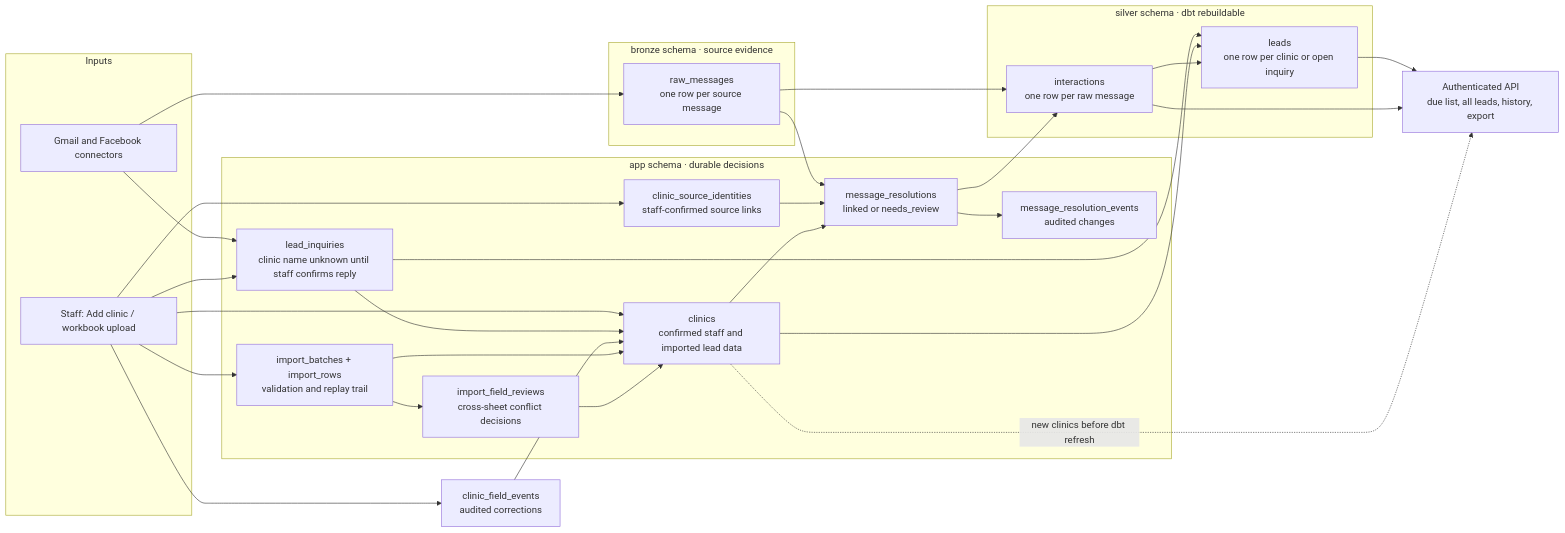
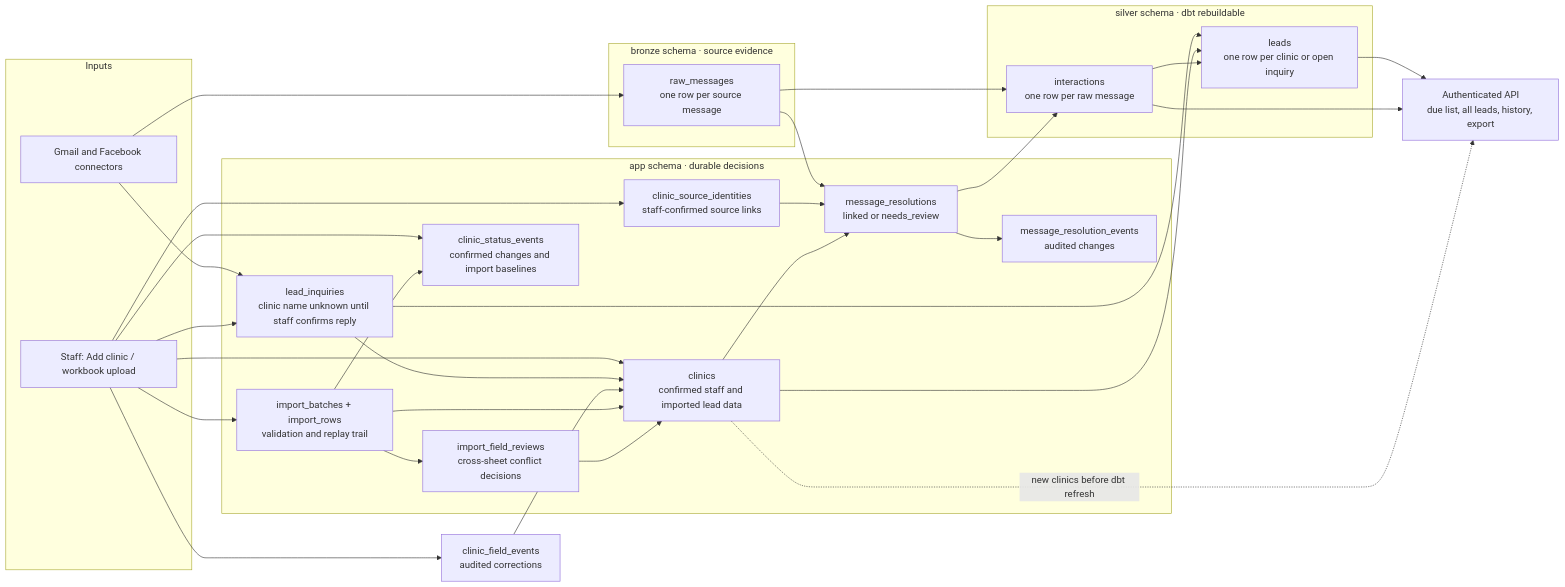
Before and after one commit to CMSC128-NexusWorks/SolNexus: the second of 2 diagrams in docs/contracts/phase1-erd-schema-draft.md, drawn with Mermaid. The commit also changed other lines of this file and 2 other files, not shown here.

Commit message:
docs(snx-20): define status evidence and safe import defaults

````diff
--- a/docs/contracts/phase1-erd-schema-draft.md
+++ b/docs/contracts/phase1-erd-schema-draft.md
@@ -152,46 +165,49 @@
 ```mermaid
 flowchart LR
     subgraph INPUT["Inputs"]
         STAFF["Staff: Add clinic / workbook upload"]
         CHANNELS["Gmail and Facebook connectors"]
     end
     subgraph APP["app schema · durable decisions"]
         CLINICS["clinics<br/>confirmed staff and imported lead data"]
         INQUIRIES["lead_inquiries<br/>clinic name unknown until staff confirms reply"]
         IMPORT["import_batches + import_rows<br/>validation and replay trail"]
         IMPORTREVIEW["import_field_reviews<br/>cross-sheet conflict decisions"]
         MAPPINGS["clinic_source_identities<br/>staff-confirmed source links"]
         RESOLUTION["message_resolutions<br/>linked or needs_review"]
         RESOLUTIONEVENTS["message_resolution_events<br/>audited changes"]
+        STATUSEVENTS["clinic_status_events<br/>confirmed changes and import baselines"]
     end
     subgraph BRONZE["bronze schema · source evidence"]
         RAW["raw_messages<br/>one row per source message"]
     end
     subgraph SILVER["silver schema · dbt rebuildable"]
         LEADS["leads<br/>one row per clinic or open inquiry"]
         INTERACTIONS["interactions<br/>one row per raw message"]
     end
     API["Authenticated API<br/>due list, all leads, history, export"]
 
     STAFF --> CLINICS
     CHANNELS --> INQUIRIES
     STAFF --> INQUIRIES --> CLINICS
     INQUIRIES --> LEADS
     STAFF --> FIELDEVENTS["clinic_field_events<br/>audited corrections"] --> CLINICS
+    STAFF --> STATUSEVENTS
+    IMPORT --> STATUSEVENTS
     STAFF --> IMPORT --> CLINICS
     IMPORT --> IMPORTREVIEW
     IMPORTREVIEW --> CLINICS
     STAFF --> MAPPINGS
     CHANNELS --> RAW
     RAW --> RESOLUTION
     RESOLUTION --> RESOLUTIONEVENTS
     MAPPINGS --> RESOLUTION
     CLINICS --> RESOLUTION
     RAW --> INTERACTIONS
     RESOLUTION --> INTERACTIONS
     CLINICS --> LEADS
     INTERACTIONS --> LEADS
     LEADS --> API
     INTERACTIONS --> API
     CLINICS -. "new clinics before dbt refresh" .-> API
 ```
````
